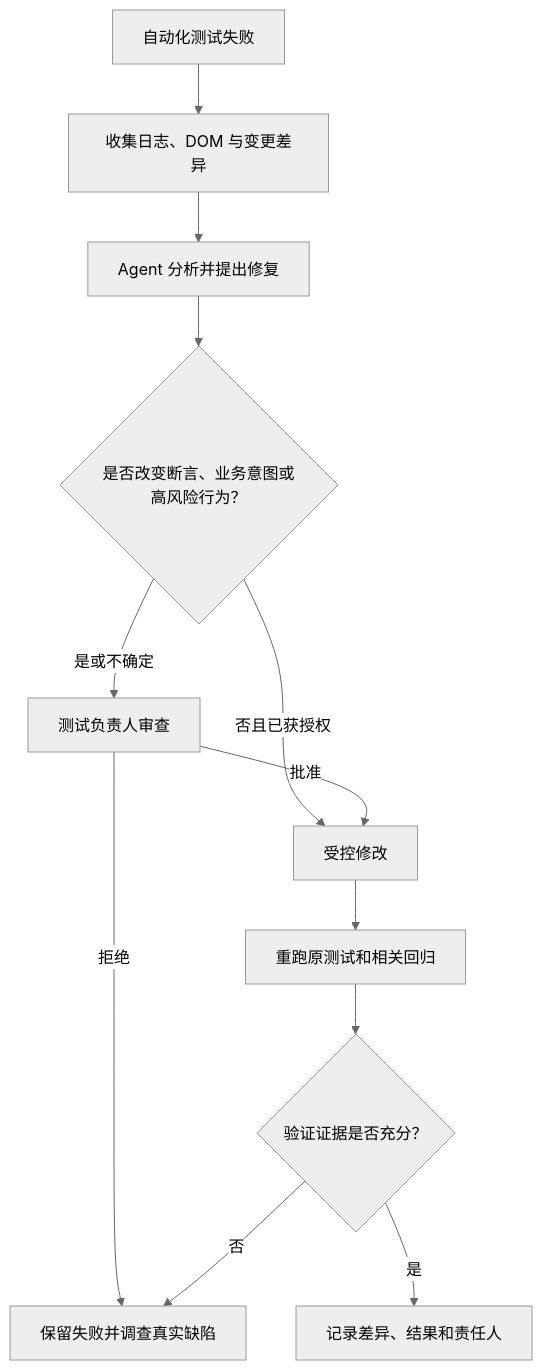
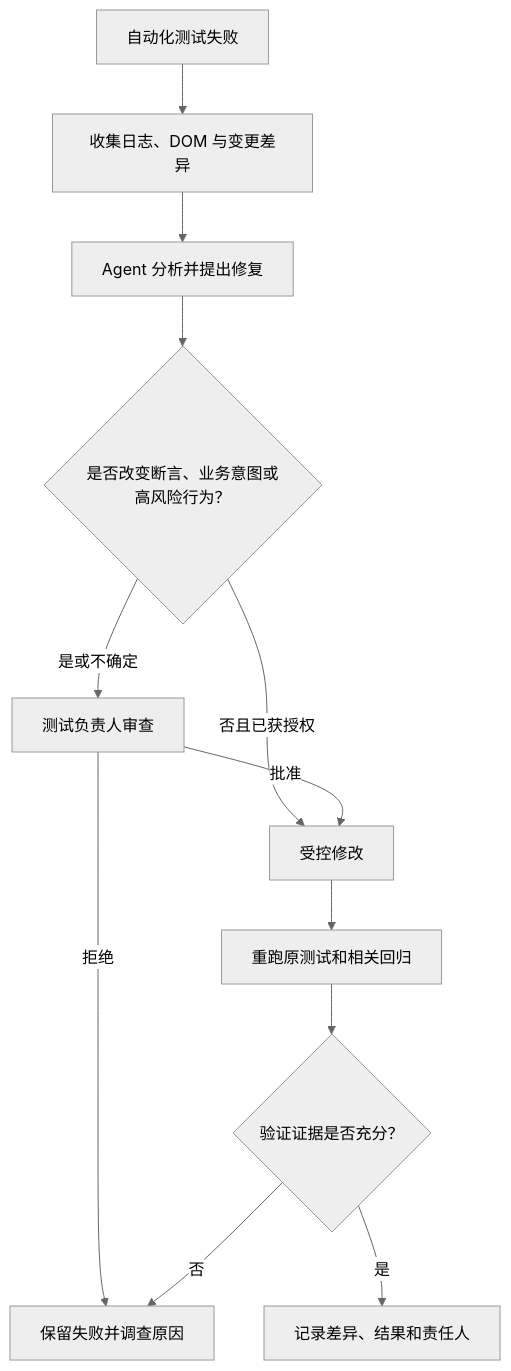
One commit to naodeng/naodeng.com.cn changed the fourth of 5 diagrams in src/blog/zh-cn/AI-Testing/agentic-ai-governance-testing.mdx. Above: the diagram before and after it, drawn with Mermaid (neutral theme). The commit also changed other lines of this file and 10 other files, not shown here.

Commit message:
docs: review November blog diagrams

````diff
--- a/src/blog/zh-cn/AI-Testing/agentic-ai-governance-testing.mdx
+++ b/src/blog/zh-cn/AI-Testing/agentic-ai-governance-testing.mdx
@@ -203,14 +211,14 @@
 ```mermaid
 flowchart TD
     A[自动化测试失败] --> B[收集日志、DOM 与变更差异]
     B --> C[Agent 分析并提出修复]
     C --> D{是否改变断言、业务意图或高风险行为？}
     D -->|是或不确定| E[测试负责人审查]
     D -->|否且已获授权| F[受控修改]
     E -->|批准| F
-    E -->|拒绝| G[保留失败并调查真实缺陷]
+    E -->|拒绝| G[保留失败并调查原因]
     F --> H[重跑原测试和相关回归]
     H --> I{验证证据是否充分？}
     I -->|否| G
     I -->|是| J[记录差异、结果和责任人]
 ```
````
